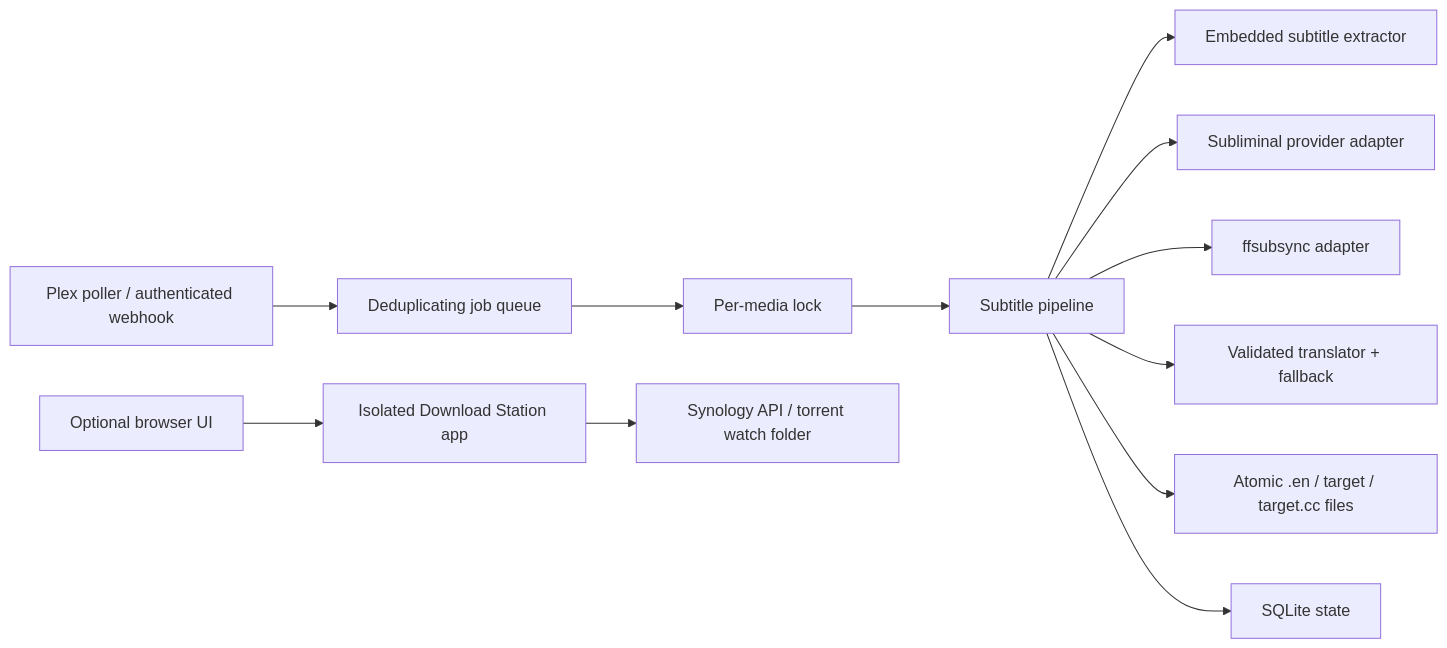
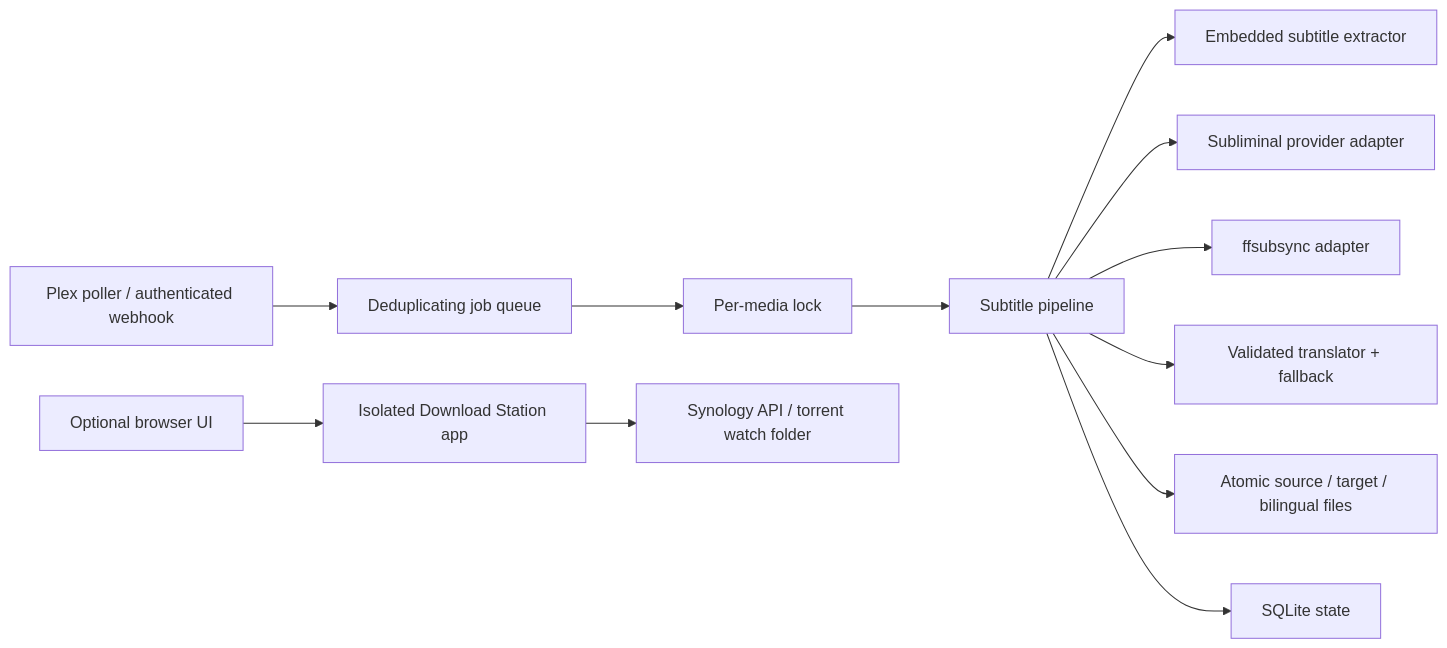
One commit to NLINEA/PairCue changed the diagram in ARCHITECTURE.md. Above: the diagram before and after it, drawn with Mermaid. The commit also changed other lines of this file and 14 other files, not shown here.

````diff
--- a/ARCHITECTURE.md
+++ b/ARCHITECTURE.md
@@ -15,15 +15,15 @@
 ```mermaid
 flowchart LR
     Plex["Plex poller / authenticated webhook"] --> Queue["Deduplicating job queue"]
     Queue --> Lock["Per-media lock"]
     Lock --> Pipeline["Subtitle pipeline"]
     Pipeline --> Embedded["Embedded subtitle extractor"]
     Pipeline --> Provider["Subliminal provider adapter"]
     Pipeline --> Sync["ffsubsync adapter"]
     Pipeline --> Translate["Validated translator + fallback"]
-    Pipeline --> Output["Atomic .en / target / target.cc files"]
+    Pipeline --> Output["Atomic source / target / bilingual files"]
     Pipeline --> State["SQLite state"]
 
     Browser["Optional browser UI"] --> DownloadAPI["Isolated Download Station app"]
     DownloadAPI --> Synology["Synology API / torrent watch folder"]
 ```
````
